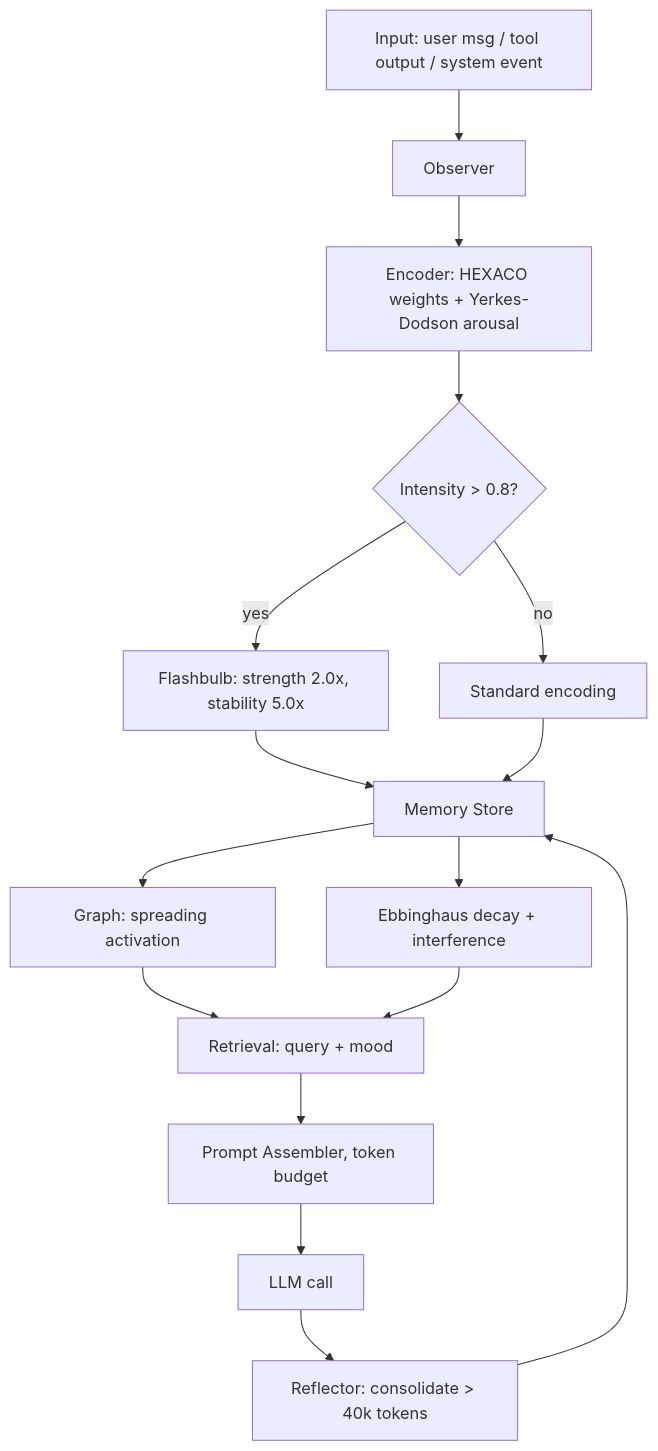
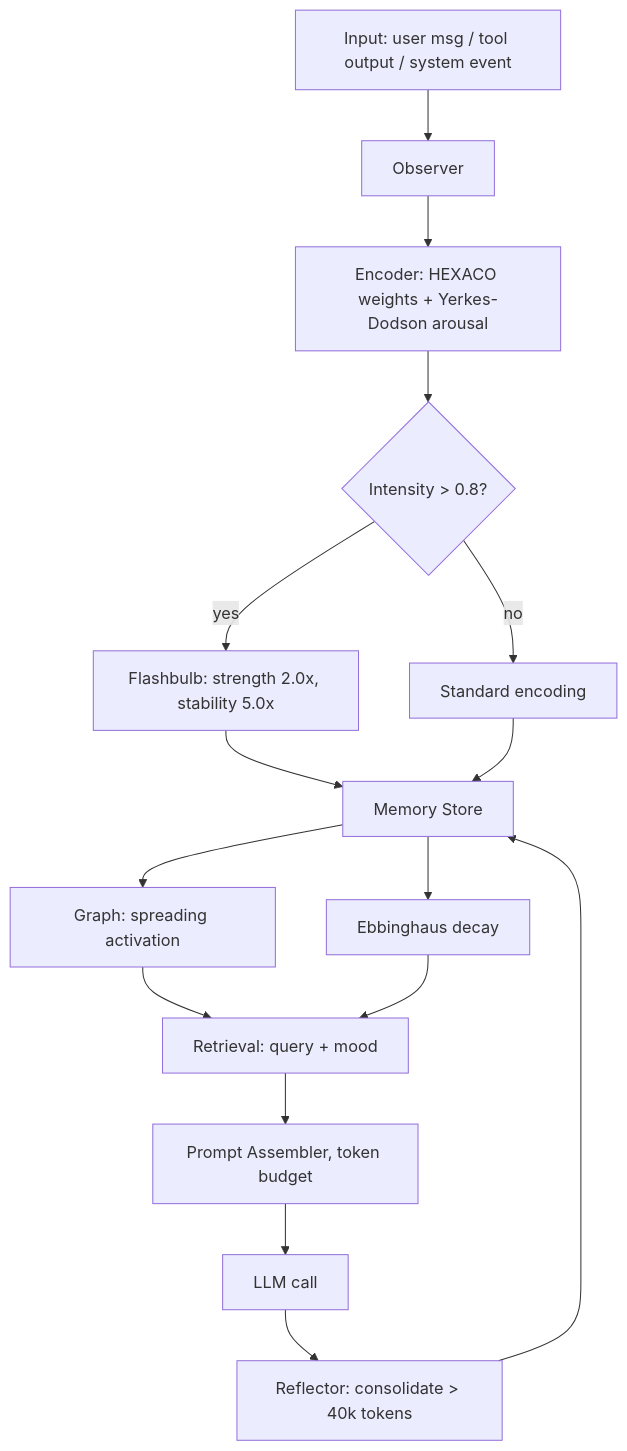
The first of 2 diagrams in content/blog/inside-mars-genesis-ai-colony-simulation.md (framerslab/agentos.sh), drawn with Mermaid before and after one commit. The commit also changed other lines of this file and 38 other files, not shown here.

````diff
--- a/content/blog/inside-mars-genesis-ai-colony-simulation.md
+++ b/content/blog/inside-mars-genesis-ai-colony-simulation.md
@@ -140,18 +142,18 @@
 ```mermaid
 flowchart TD
     A[Input: user msg / tool output / system event] --> B[Observer]
     B --> C[Encoder: HEXACO weights + Yerkes-Dodson arousal]
     C --> D{Intensity > 0.8?}
     D -->|yes| E[Flashbulb: strength 2.0x, stability 5.0x]
     D -->|no| F[Standard encoding]
     E --> G[Memory Store]
     F --> G
     G --> H[Graph: spreading activation]
-    G --> I[Ebbinghaus decay + interference]
+    G --> I[Ebbinghaus decay]
     H --> J[Retrieval: query + mood]
     I --> J
     J --> K[Prompt Assembler, token budget]
     K --> L[LLM call]
     L --> M[Reflector: consolidate > 40k tokens]
     M --> G
 ```
````
